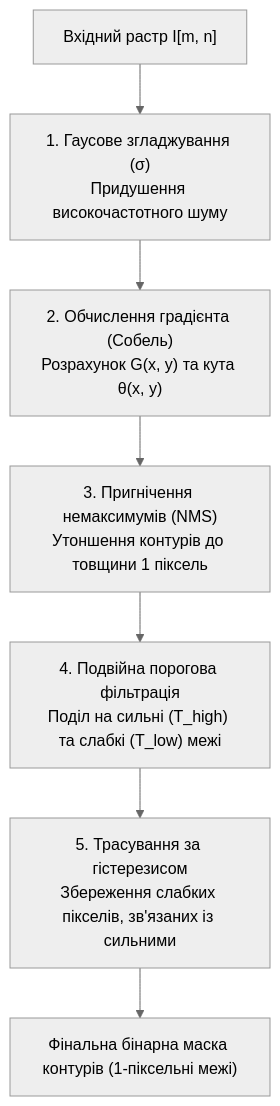
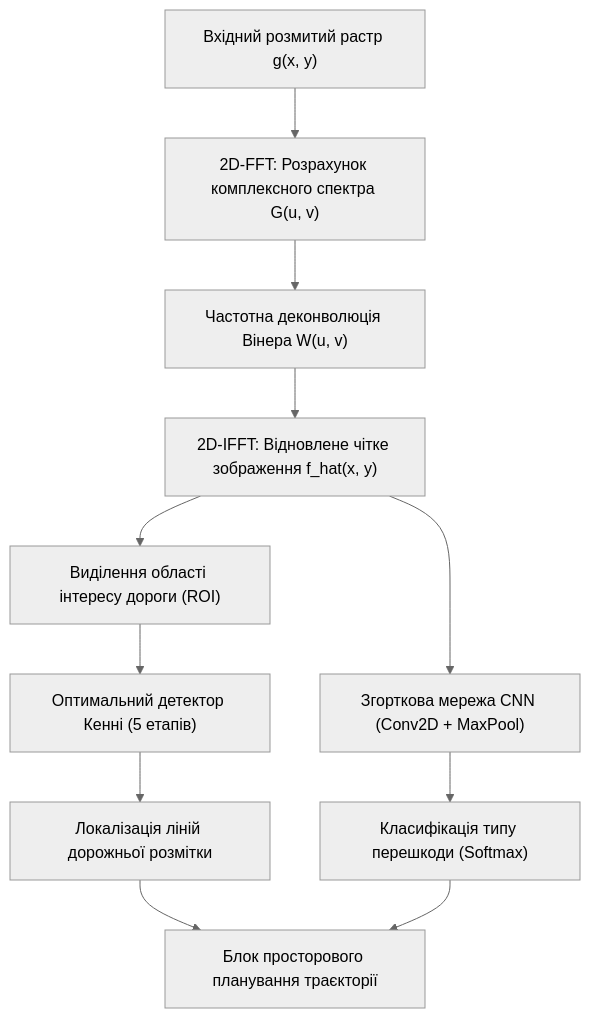
One commit to KyryloVadurin/signal-image-processing changed the fourth of 4 diagrams in docs/lk/lk9.md. Above: the diagram before and after it, drawn with Mermaid (neutral theme). The commit also changed other lines of this file, not shown here.

````diff
--- a/docs/lk/lk9.md
+++ b/docs/lk/lk9.md
@@ -183,9 +450,13 @@
 ```mermaid
 flowchart TD
-    A["Вхідний растр I[m, n]"] --> B["1. Гаусове згладжування (σ)<br>Придушення високочастотного шуму"]
-    B --> C["2. Обчислення градієнта (Собель)<br>Розрахунок G(x, y) та кута θ(x, y)"]
-    C --> D["3. Пригнічення немаксимумів (NMS)<br>Утоншення контурів до товщини 1 піксель"]
-    D --> E["4. Подвійна порогова фільтрація<br>Поділ на сильні (T_high) та слабкі (T_low) межі"]
-    E --> F["5. Трасування за гістерезисом<br>Збереження слабких пікселів, зв'язаних із сильними"]
-    F --> G["Фінальна бінарна маска контурів (1-піксельні межі)"]
+    A["Вхідний розмитий растр g(x, y)"] --> B["2D-FFT: Розрахунок комплексного спектра G(u, v)"]
+    B --> C["Частотна деконволюція Вінера W(u, v)"]
+    C --> D["2D-IFFT: Відновлене чітке зображення f_hat(x, y)"]
+    D --> E["Виділення області інтересу дороги (ROI)"]
+    E --> F["Оптимальний детектор Кенні (5 етапів)"]
+    F --> G["Локалізація ліній дорожньої розмітки"]
+    D --> H["Згорткова мережа CNN (Conv2D + MaxPool)"]
+    H --> I["Класифікація типу перешкоди (Softmax)"]
+    G --> J["Блок просторового планування траєкторії"]
+    I --> J
 ```
````
